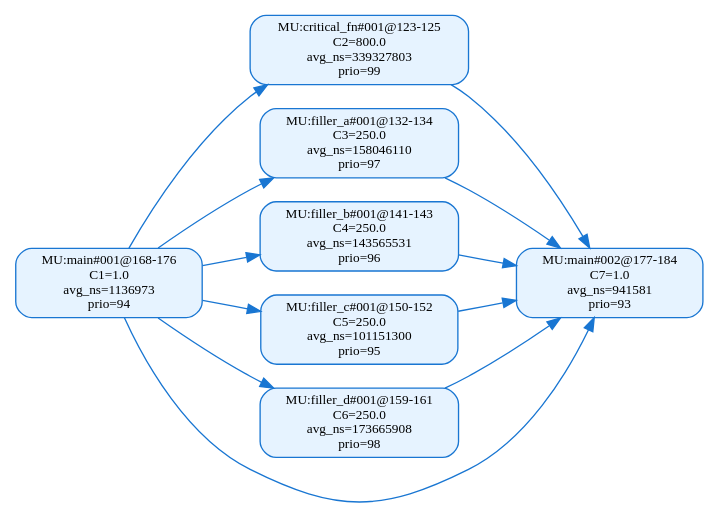
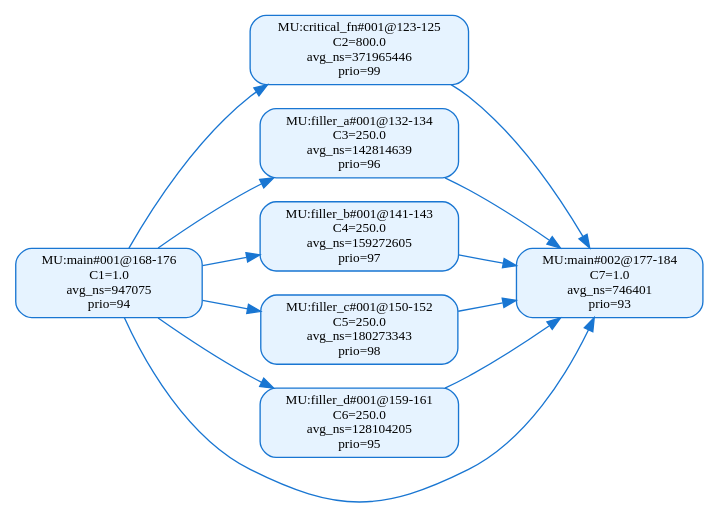
The diagram in 中间结果/zhang7/pipeline/validation/level2/effective_line_merge/wcet_first/dag_seg_annotated_value.dot (RTS-SYSU/DAG-Gen), drawn with Graphviz before and after one commit. The commit also changed 6291 other files, not shown here.

```diff
--- a/中间结果/zhang7/pipeline/validation/level2/effective_line_merge/wcet_first/dag_seg_annotated_value.dot
+++ b/中间结果/zhang7/pipeline/validation/level2/effective_line_merge/wcet_first/dag_seg_annotated_value.dot
@@ -1,23 +1,23 @@
 digraph dag_seg_annotated_value {
   rankdir=LR;
   node [shape=box, style="rounded,filled", fillcolor="#E6F3FF", color="#1976D2", fontsize=10];
   edge [color="#1976D2"];
-  "MU:critical_fn#001@123-125" [label="MU:critical_fn#001@123-125\nC2=800.0\navg_ns=339327803\nprio=99"];
-  "MU:filler_a#001@132-134" [label="MU:filler_a#001@132-134\nC3=250.0\navg_ns=158046110\nprio=97"];
-  "MU:filler_b#001@141-143" [label="MU:filler_b#001@141-143\nC4=250.0\navg_ns=143565531\nprio=96"];
-  "MU:filler_c#001@150-152" [label="MU:filler_c#001@150-152\nC5=250.0\navg_ns=101151300\nprio=95"];
-  "MU:filler_d#001@159-161" [label="MU:filler_d#001@159-161\nC6=250.0\navg_ns=173665908\nprio=98"];
-  "MU:main#001@168-176" [label="MU:main#001@168-176\nC1=1.0\navg_ns=1136973\nprio=94"];
-  "MU:main#002@177-184" [label="MU:main#002@177-184\nC7=1.0\navg_ns=941581\nprio=93"];
+  "MU:critical_fn#001@123-125" [label="MU:critical_fn#001@123-125\nC2=800.0\navg_ns=371965446\nprio=99"];
+  "MU:filler_a#001@132-134" [label="MU:filler_a#001@132-134\nC3=250.0\navg_ns=142814639\nprio=96"];
+  "MU:filler_b#001@141-143" [label="MU:filler_b#001@141-143\nC4=250.0\navg_ns=159272605\nprio=97"];
+  "MU:filler_c#001@150-152" [label="MU:filler_c#001@150-152\nC5=250.0\navg_ns=180273343\nprio=98"];
+  "MU:filler_d#001@159-161" [label="MU:filler_d#001@159-161\nC6=250.0\navg_ns=128104205\nprio=95"];
+  "MU:main#001@168-176" [label="MU:main#001@168-176\nC1=1.0\navg_ns=947075\nprio=94"];
+  "MU:main#002@177-184" [label="MU:main#002@177-184\nC7=1.0\navg_ns=746401\nprio=93"];
   "MU:main#001@168-176" -> "MU:main#002@177-184";
   "MU:main#001@168-176" -> "MU:filler_a#001@132-134";
   "MU:main#001@168-176" -> "MU:filler_b#001@141-143";
   "MU:main#001@168-176" -> "MU:filler_c#001@150-152";
   "MU:main#001@168-176" -> "MU:filler_d#001@159-161";
   "MU:main#001@168-176" -> "MU:critical_fn#001@123-125";
   "MU:critical_fn#001@123-125" -> "MU:main#002@177-184";
   "MU:filler_a#001@132-134" -> "MU:main#002@177-184";
   "MU:filler_b#001@141-143" -> "MU:main#002@177-184";
   "MU:filler_c#001@150-152" -> "MU:main#002@177-184";
   "MU:filler_d#001@159-161" -> "MU:main#002@177-184";
 }
```
